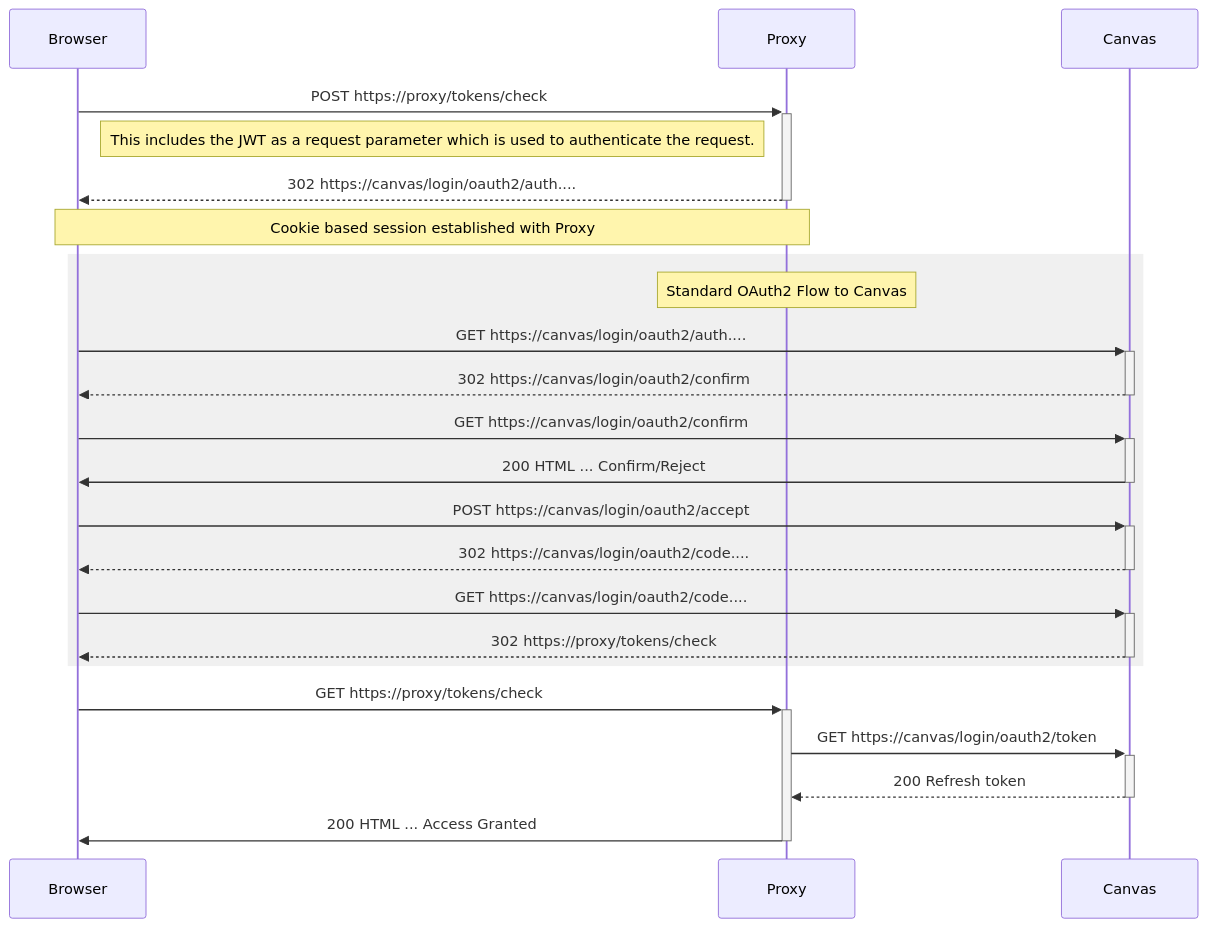
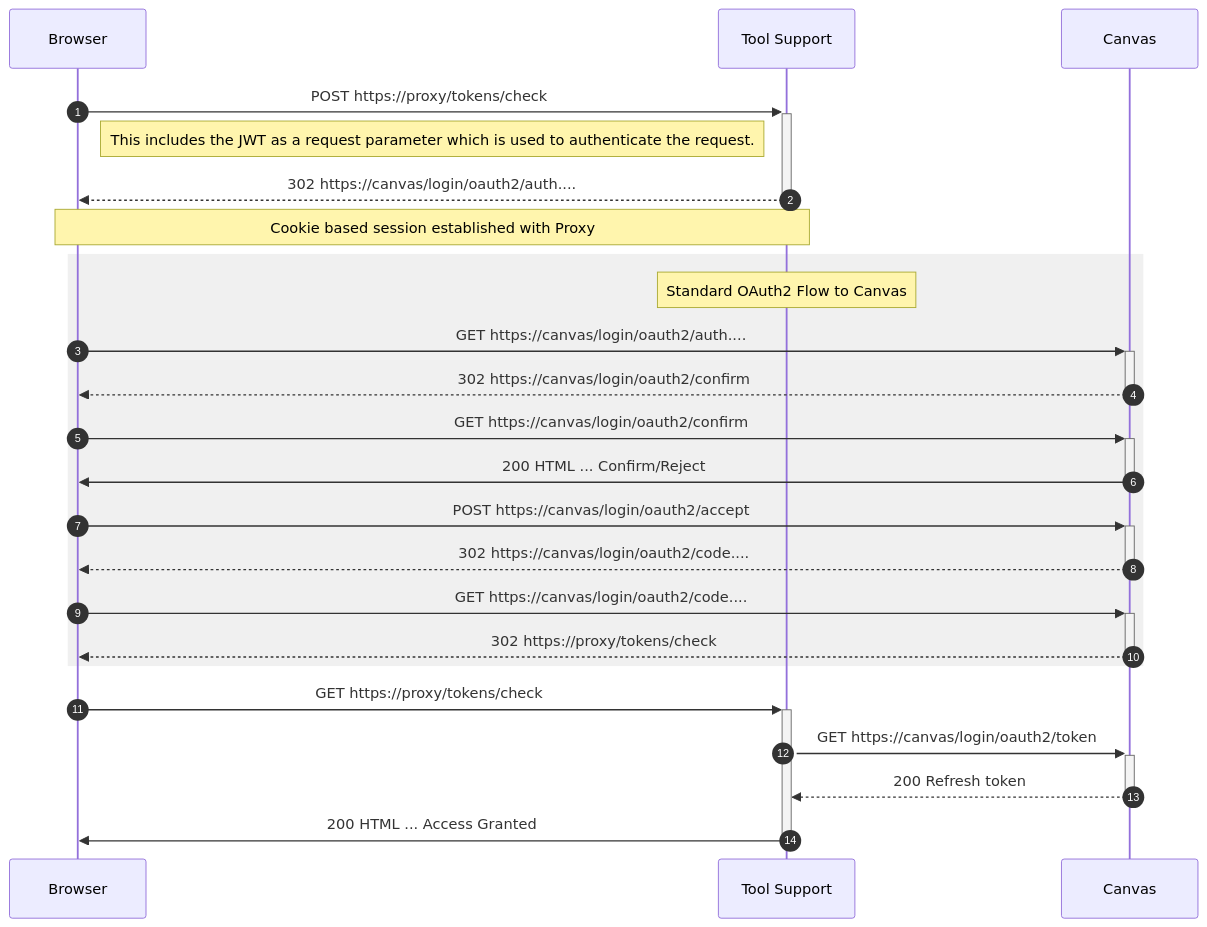
Before and after one commit to oxctl/tool-support: the third of 3 diagrams in README.md, drawn with Mermaid. The commit also changed other lines of this file, not shown here.

````diff
--- a/README.md
+++ b/README.md
@@ -19,24 +142,24 @@
 ```mermaid
 sequenceDiagram
-    
-    Browser->>+Proxy: POST https://proxy/tokens/check
+    autonumber
+    Browser->>+Tool Support: POST https://proxy/tokens/check
     note right of Browser: This includes the JWT as a request parameter which is used to authenticate the request.
-    Proxy-->>-Browser: 302 https://canvas/login/oauth2/auth....
-    note over Browser,Proxy: Cookie based session established with Proxy
+    Tool Support-->>-Browser: 302 https://canvas/login/oauth2/auth....
+    note over Browser,Tool Support: Cookie based session established with Proxy
     rect rgb(240,240,240)
-    note over Proxy: Standard OAuth2 Flow to Canvas
+    note over Tool Support: Standard OAuth2 Flow to Canvas
     Browser->>+Canvas: GET https://canvas/login/oauth2/auth....
     Canvas-->>-Browser: 302 https://canvas/login/oauth2/confirm
     Browser->>+Canvas: GET https://canvas/login/oauth2/confirm
     Canvas->>-Browser: 200 HTML ... Confirm/Reject
     Browser->>+Canvas: POST https://canvas/login/oauth2/accept
     Canvas-->>-Browser: 302 https://canvas/login/oauth2/code....
     Browser->>+Canvas: GET https://canvas/login/oauth2/code....
     Canvas-->>-Browser: 302 https://proxy/tokens/check
     end
-    Browser->>+Proxy: GET https://proxy/tokens/check
-    Proxy->>+Canvas: GET https://canvas/login/oauth2/token
-    Canvas-->>-Proxy: 200 Refresh token
-    Proxy->>-Browser: 200 HTML ... Access Granted
+    Browser->>+Tool Support: GET https://proxy/tokens/check
+    Tool Support->>+Canvas: GET https://canvas/login/oauth2/token
+    Canvas-->>-Tool Support: 200 Refresh token
+    Tool Support->>-Browser: 200 HTML ... Access Granted
 
 ```
````
